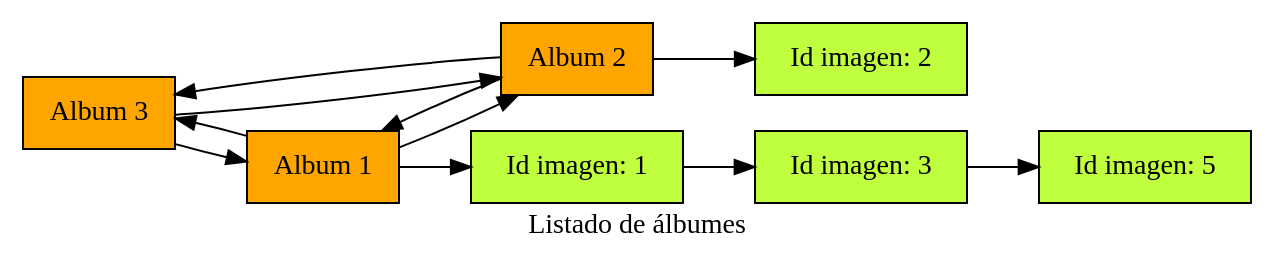
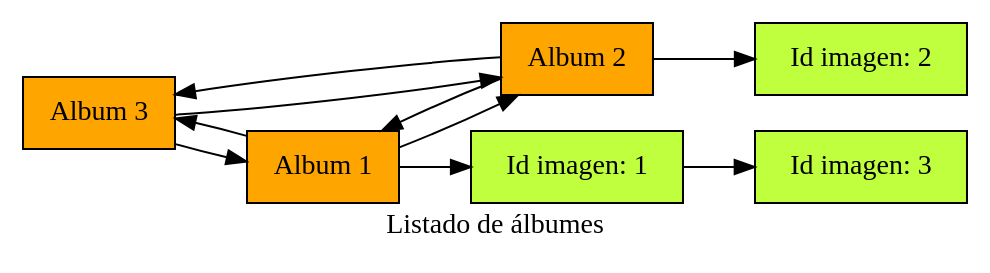
Before and after one commit to LuisaMariaO/EDD_UDRAWING_FASE_202003381: the diagram in Fase 2/Reportes de Usuario/4999062130101/ListaAlbumes.dot, drawn with Graphviz. The commit also changed 33 other files, not shown here.

```diff
--- a/Fase 2/Reportes de Usuario/4999062130101/ListaAlbumes.dot
+++ b/Fase 2/Reportes de Usuario/4999062130101/ListaAlbumes.dot
@@ -1,15 +1,14 @@
 digraph G {
 node[shape=box, style=filled];
 rankdir="LR"
 label="Listado de álbumes";
-Nodo1933858802[label="Album 3" fillcolor=orange1];Nodo71106094[label="Album 1" fillcolor=orange1];Nodo1103580985[label="Album 2" fillcolor=orange1];Nodo1933858802->Nodo71106094;
-Nodo1933858802->Nodo1103580985;
-Nodo71106094->Nodo1103580985;
-Nodo71106094->Nodo1933858802;
-Nodo71106094->Imagen231421811;
-Imagen231421811->Imagen1611877050;
-Imagen1611877050->Imagen1079360527;
-Nodo1103580985->Nodo1933858802;
-Nodo1103580985->Nodo71106094;
-Nodo1103580985->Imagen2041421523;
-Imagen231421811[label="Id imagen: 1" fillcolor=olivedrab1];Imagen1611877050[label="Id imagen: 3" fillcolor=olivedrab1];Imagen1079360527[label="Id imagen: 5" fillcolor=olivedrab1];Imagen2041421523[label="Id imagen: 2" fillcolor=olivedrab1];}
+Nodo443319054[label="Album 3" fillcolor=orange1];Nodo373455621[label="Album 1" fillcolor=orange1];Nodo714283291[label="Album 2" fillcolor=orange1];Nodo443319054->Nodo373455621;
+Nodo443319054->Nodo714283291;
+Nodo373455621->Nodo714283291;
+Nodo373455621->Nodo443319054;
+Nodo373455621->Imagen1871043713;
+Imagen1871043713->Imagen294606476;
+Nodo714283291->Nodo443319054;
+Nodo714283291->Nodo373455621;
+Nodo714283291->Imagen653858211;
+Imagen1871043713[label="Id imagen: 1" fillcolor=olivedrab1];Imagen294606476[label="Id imagen: 3" fillcolor=olivedrab1];Imagen653858211[label="Id imagen: 2" fillcolor=olivedrab1];}
```
